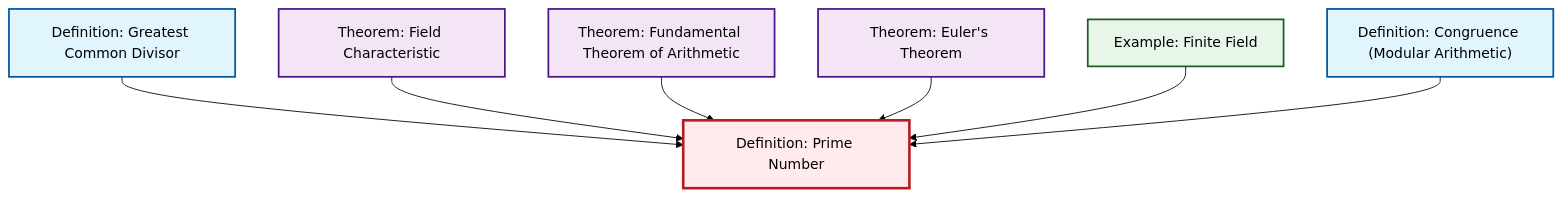
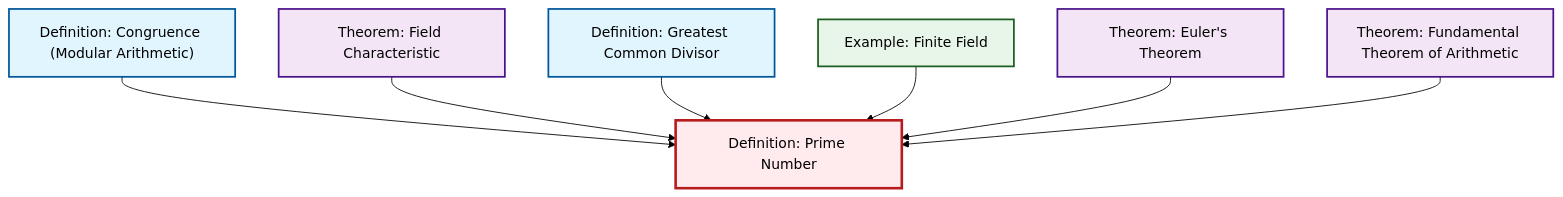
The diagram in content/en/number-theory/def-prime.qmd (RK0429/ModernMath), drawn with Mermaid (forest theme) before and after one commit. The commit also changed other lines of this file and 474 other files, not shown here.

````diff
--- a/content/en/number-theory/def-prime.qmd
+++ b/content/en/number-theory/def-prime.qmd
@@ -53,29 +53,29 @@
 ```{mermaid}
 %%| fig-cap: "Local dependency graph"
 graph TD
     classDef definition fill:#e1f5fe,stroke:#01579b,stroke-width:2px
     classDef theorem fill:#f3e5f5,stroke:#4a148c,stroke-width:2px
     classDef axiom fill:#fff3e0,stroke:#e65100,stroke-width:2px
     classDef example fill:#e8f5e9,stroke:#1b5e20,stroke-width:2px
     classDef current fill:#ffebee,stroke:#b71c1c,stroke-width:3px
-    ex-finite-field["Example: Finite Field"]:::example
+    thm-euler["Theorem: Euler's Theorem"]:::theorem
     def-prime["Definition: Prime Number"]:::definition
     def-gcd["Definition: Greatest Common Divisor"]:::definition
+    def-congruence["Definition: Congruence (Modular Arithmetic)"]:::definition
+    ex-finite-field["Example: Finite Field"]:::example
+    thm-field-characteristic["Theorem: Field Characteristic"]:::theorem
     thm-fundamental-arithmetic["Theorem: Fundamental Theorem of Arithmetic"]:::theorem
-    thm-field-characteristic["Theorem: Field Characteristic"]:::theorem
-    thm-euler["Theorem: Euler's Theorem"]:::theorem
-    def-congruence["Definition: Congruence (Modular Arithmetic)"]:::definition
+    def-congruence --> def-prime
+    thm-field-characteristic --> def-prime
     def-gcd --> def-prime
-    thm-field-characteristic --> def-prime
+    ex-finite-field --> def-prime
+    thm-euler --> def-prime
     thm-fundamental-arithmetic --> def-prime
-    thm-euler --> def-prime
-    ex-finite-field --> def-prime
-    def-congruence --> def-prime
     class def-prime current
+    click thm-euler "thm-euler.html" "Go to Euler's Theorem theorem"
+    click def-gcd "def-gcd.html" "Go to Greatest Common Divisor definition"
+    click def-congruence "def-congruence.html" "Go to Congruence (Modular Arithmetic) definition"
     click ex-finite-field "ex-finite-field.html" "Go to Finite Field example"
-    click def-gcd "def-gcd.html" "Go to Greatest Common Divisor definition"
+    click thm-field-characteristic "thm-field-characteristic.html" "Go to Field Characteristic theorem"
     click thm-fundamental-arithmetic "thm-fundamental-arithmetic.html" "Go to Fundamental Theorem of Arithmetic theorem"
-    click thm-field-characteristic "thm-field-characteristic.html" "Go to Field Characteristic theorem"
-    click thm-euler "thm-euler.html" "Go to Euler's Theorem theorem"
-    click def-congruence "def-congruence.html" "Go to Congruence (Modular Arithmetic) definition"
 ```
````
